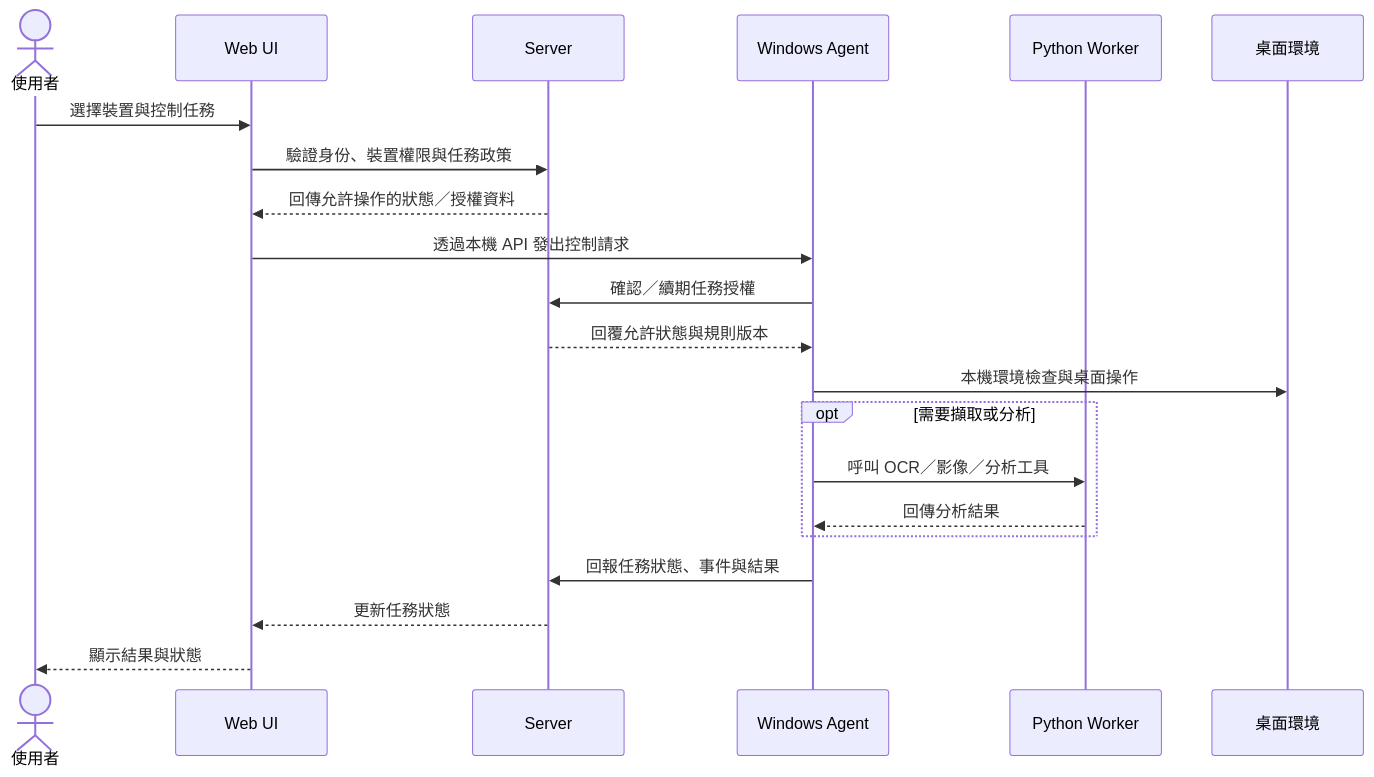
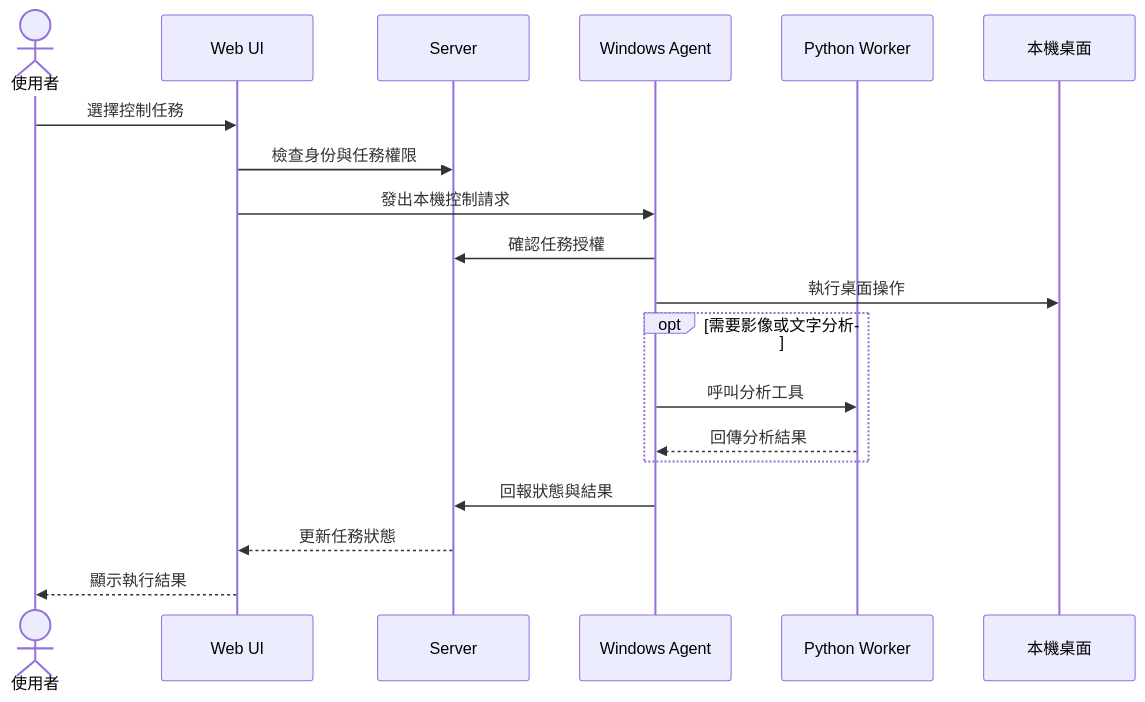
One commit to highhao/desktop-control-platform changed the diagram in docs/workflow.md. Above: the diagram before and after it, drawn with Mermaid. The commit also changed other lines of this file and 2 other files, not shown here.

Commit message:
Simplify portfolio diagrams and documentation

````diff
--- a/docs/workflow.md
+++ b/docs/workflow.md
@@ -3,24 +3,22 @@
 ```mermaid
 sequenceDiagram
     actor User as 使用者
     participant UI as Web UI
     participant Server
     participant Agent as Windows Agent
     participant Worker as Python Worker
-    participant Desktop as 桌面環境
+    participant PC as 本機桌面
 
-    User->>UI: 選擇裝置與控制任務
-    UI->>Server: 驗證身份、裝置權限與任務政策
-    Server-->>UI: 回傳允許操作的狀態／授權資料
-    UI->>Agent: 透過本機 API 發出控制請求
-    Agent->>Server: 確認／續期任務授權
-    Server-->>Agent: 回覆允許狀態與規則版本
-    Agent->>Desktop: 本機環境檢查與桌面操作
-    opt 需要擷取或分析
-        Agent->>Worker: 呼叫 OCR／影像／分析工具
+    User->>UI: 選擇控制任務
+    UI->>Server: 檢查身份與任務權限
+    UI->>Agent: 發出本機控制請求
+    Agent->>Server: 確認任務授權
+    Agent->>PC: 執行桌面操作
+    opt 需要影像或文字分析
+        Agent->>Worker: 呼叫分析工具
         Worker-->>Agent: 回傳分析結果
     end
-    Agent->>Server: 回報任務狀態、事件與結果
+    Agent->>Server: 回報狀態與結果
     Server-->>UI: 更新任務狀態
-    UI-->>User: 顯示結果與狀態
+    UI-->>User: 顯示執行結果
 ```
````
